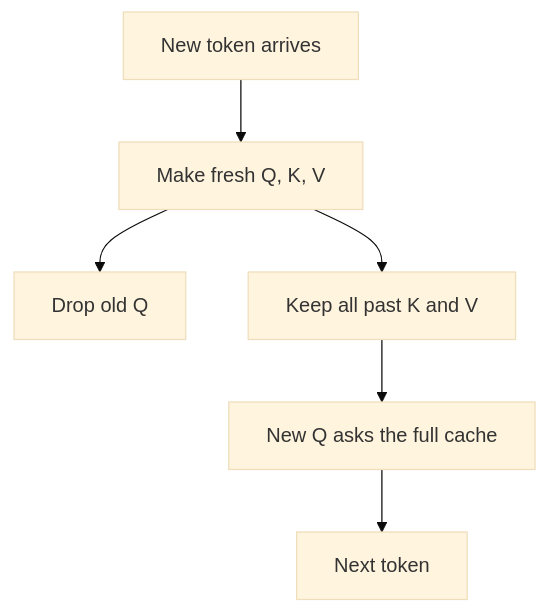
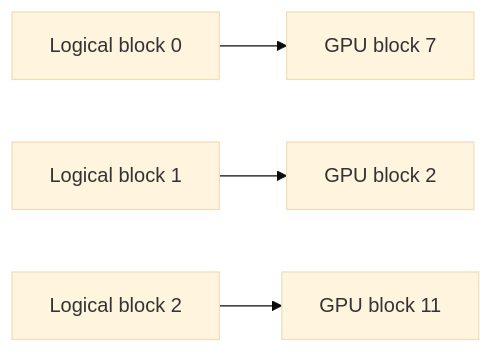
Before and after one commit to vijaykumarjob0701/theintelliwise: the third of 4 diagrams in _posts/2026-09-24-kv-cache-sticky-notes.md, drawn with Mermaid (base theme). The commit also changed other lines of this file and 12 other files, not shown here.

````diff
--- a/_posts/2026-09-24-kv-cache-sticky-notes.md
+++ b/_posts/2026-09-24-kv-cache-sticky-notes.md
@@ -106,8 +237,6 @@
 ```mermaid
-flowchart TB
-  A[New token arrives] --> B[Make fresh Q, K, V]
-  B --> C[Drop old Q]
-  B --> D[Keep all past K and V]
-  D --> E[New Q asks the full cache]
-  E --> F[Next token]
+flowchart LR
+  L0[Logical block 0] --> P7[GPU block 7]
+  L1[Logical block 1] --> P2[GPU block 2]
+  L2[Logical block 2] --> P11[GPU block 11]
 ```
````
